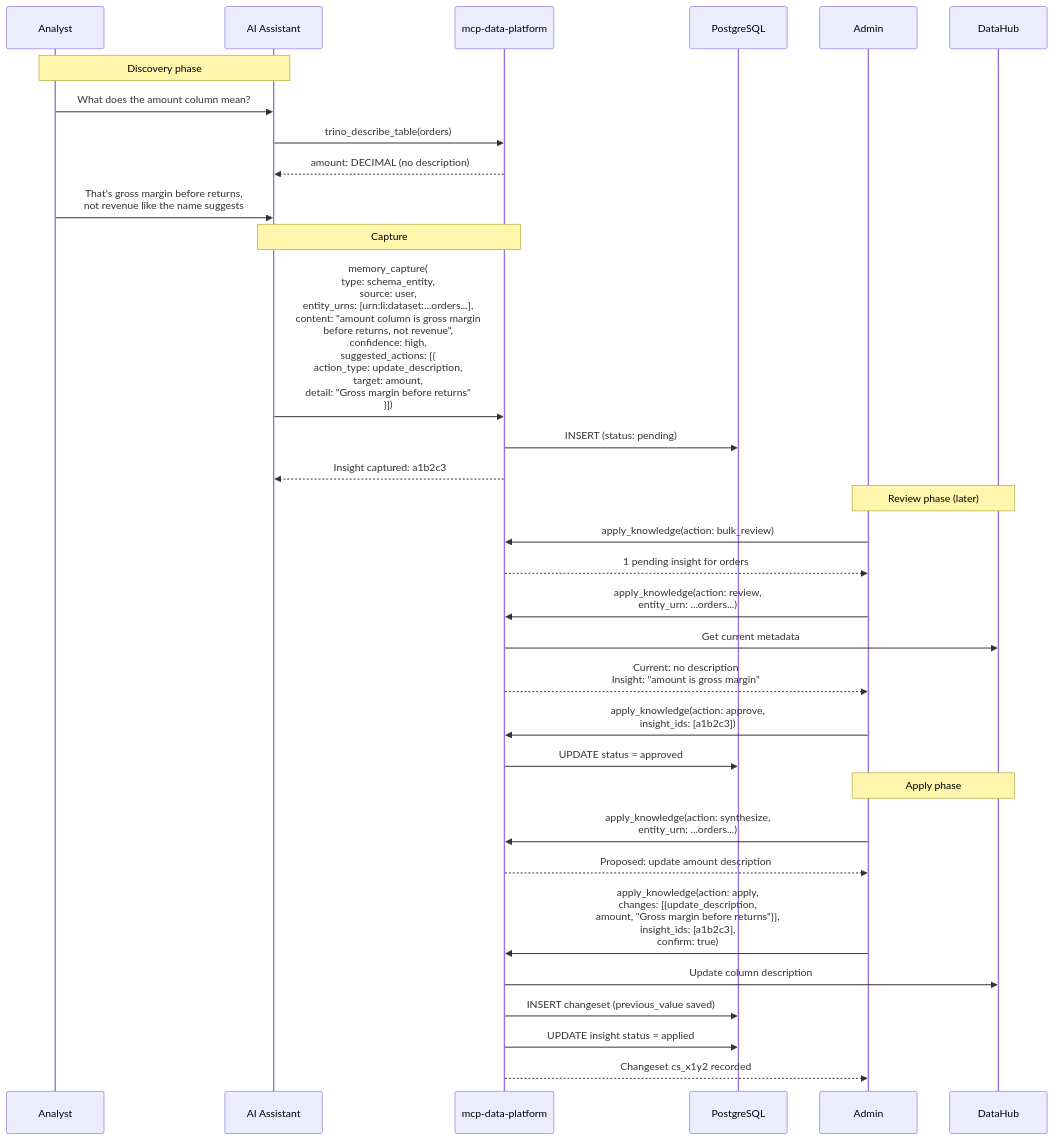
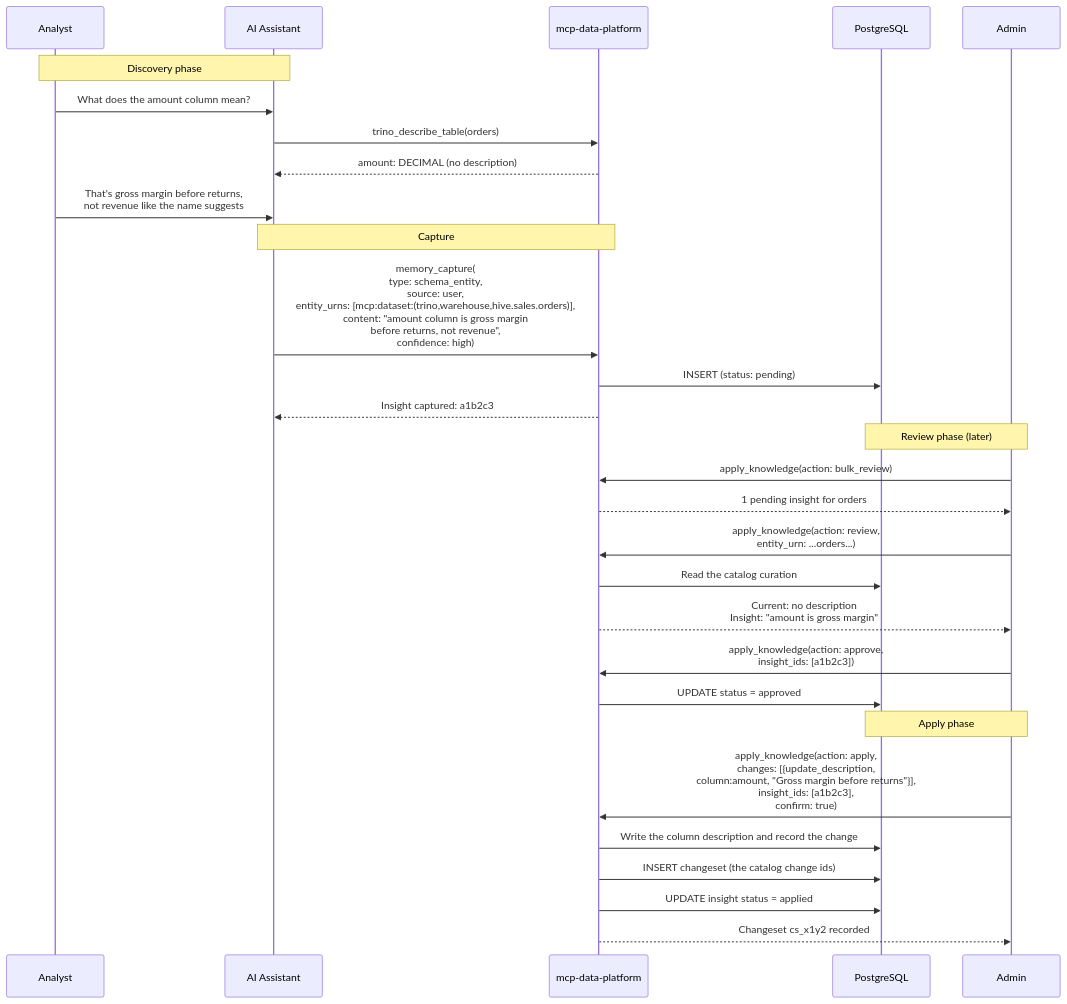
One commit to txn2/mcp-data-platform changed the diagram in docs/knowledge/governance.md. Above: the diagram before and after it, drawn with Mermaid. The commit also changed other lines of this file and 149 other files, not shown here.

First line of the commit message:
feat(catalog): writes, schema documents, DataHub import (#1920) (#2120)

````diff
--- a/docs/knowledge/governance.md
+++ b/docs/knowledge/governance.md
@@ -365,41 +357,37 @@
 ```mermaid
 sequenceDiagram
     participant Analyst
     participant AI as AI Assistant
     participant Platform as mcp-data-platform
     participant DB as PostgreSQL
     participant Admin
-    participant DH as DataHub
 
     Note over Analyst,AI: Discovery phase
     Analyst->>AI: What does the amount column mean?
     AI->>Platform: trino_describe_table(orders)
     Platform-->>AI: amount: DECIMAL (no description)
     Analyst->>AI: That's gross margin before returns,<br/>not revenue like the name suggests
 
     Note over AI,Platform: Capture
-    AI->>Platform: memory_capture(<br/>type: schema_entity,<br/>source: user,<br/>entity_urns: [urn:li:dataset:...orders...],<br/>content: "amount column is gross margin<br/>before returns, not revenue",<br/>confidence: high,<br/>suggested_actions: [{<br/>  action_type: update_description,<br/>  target: amount,<br/>  detail: "Gross margin before returns"<br/>}])
+    AI->>Platform: memory_capture(<br/>type: schema_entity,<br/>source: user,<br/>entity_urns: [mcp:dataset:(trino,warehouse,hive.sales.orders)],<br/>content: "amount column is gross margin<br/>before returns, not revenue",<br/>confidence: high)
     Platform->>DB: INSERT (status: pending)
     Platform-->>AI: Insight captured: a1b2c3
 
-    Note over Admin,DH: Review phase (later)
+    Note over Admin,DB: Review phase (later)
     Admin->>Platform: apply_knowledge(action: bulk_review)
     Platform-->>Admin: 1 pending insight for orders
 
     Admin->>Platform: apply_knowledge(action: review,<br/>entity_urn: ...orders...)
-    Platform->>DH: Get current metadata
+    Platform->>DB: Read the catalog curation
     Platform-->>Admin: Current: no description<br/>Insight: "amount is gross margin"
 
     Admin->>Platform: apply_knowledge(action: approve,<br/>insight_ids: [a1b2c3])
     Platform->>DB: UPDATE status = approved
 
-    Note over Admin,DH: Apply phase
-    Admin->>Platform: apply_knowledge(action: synthesize,<br/>entity_urn: ...orders...)
-    Platform-->>Admin: Proposed: update amount description
-
-    Admin->>Platform: apply_knowledge(action: apply,<br/>changes: [{update_description,<br/>amount, "Gross margin before returns"}],<br/>insight_ids: [a1b2c3],<br/>confirm: true)
-    Platform->>DH: Update column description
-    Platform->>DB: INSERT changeset (previous_value saved)
+    Note over Admin,DB: Apply phase
+    Admin->>Platform: apply_knowledge(action: apply,<br/>changes: [{update_description,<br/>column:amount, "Gross margin before returns"}],<br/>insight_ids: [a1b2c3],<br/>confirm: true)
+    Platform->>DB: Write the column description and record the change
+    Platform->>DB: INSERT changeset (the catalog change ids)
     Platform->>DB: UPDATE insight status = applied
     Platform-->>Admin: Changeset cs_x1y2 recorded
 ```
````
